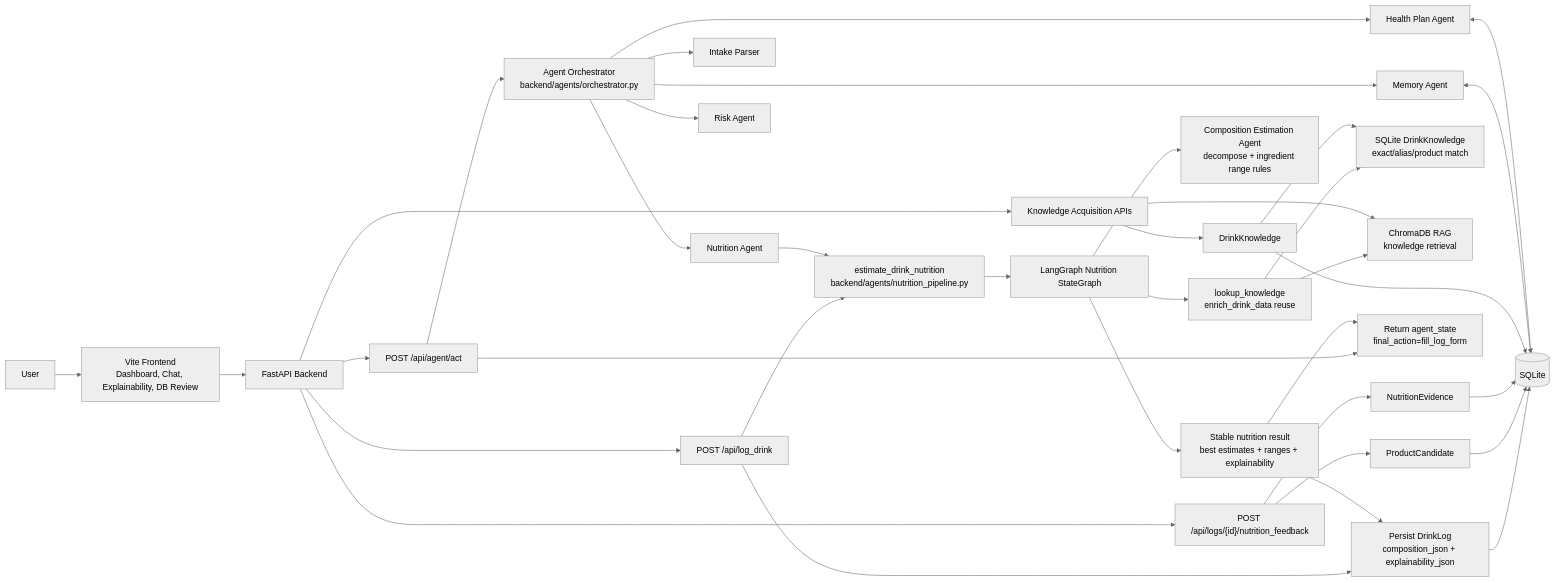
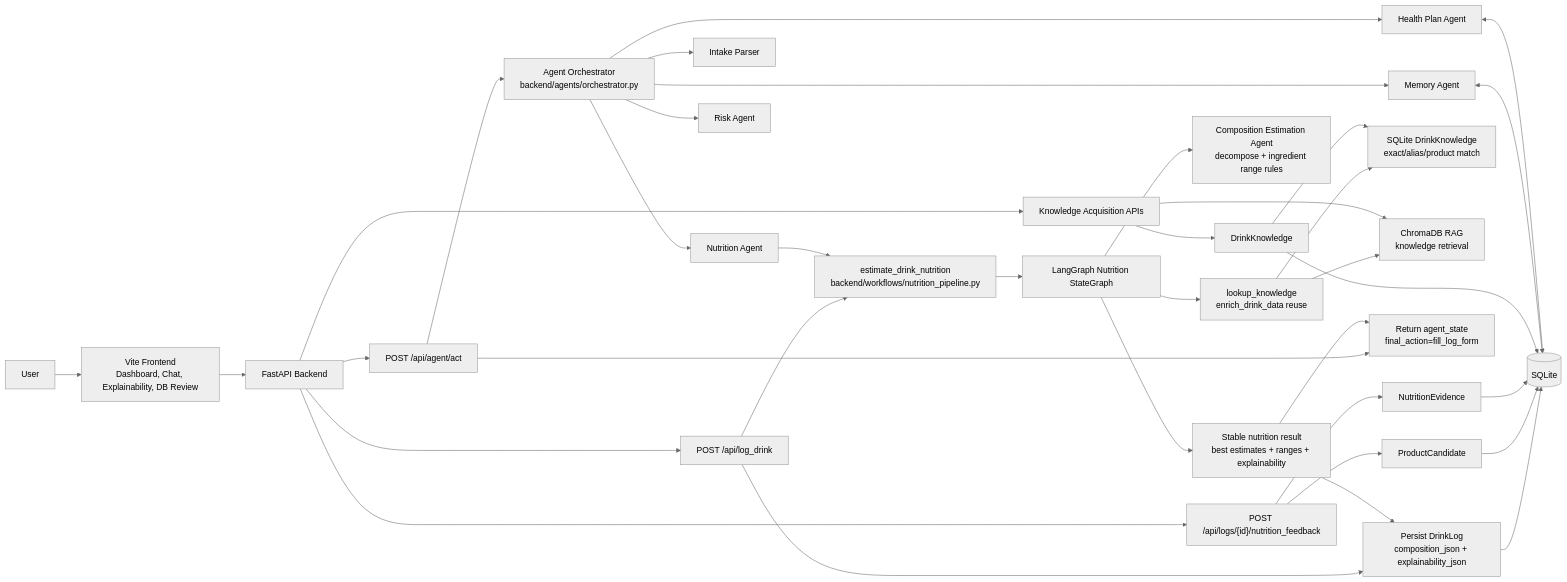
The first of 4 diagrams in docs/architecture.md (Jessiegantang/Caffeine-and-Sugar-Tracker-----), drawn with Mermaid (neutral theme) before and after one commit. The commit also changed other lines of this file and 119 other files, not shown here.

````diff
--- a/docs/architecture.md
+++ b/docs/architecture.md
@@ -10,46 +10,46 @@
 ```mermaid
 flowchart LR
     User["User"] --> Frontend["Vite Frontend<br/>Dashboard, Chat, Explainability, DB Review"]
     Frontend --> API["FastAPI Backend"]
 
     API --> ManualLog["POST /api/log_drink"]
     API --> AgentAct["POST /api/agent/act"]
     API --> Feedback["POST /api/logs/{id}/nutrition_feedback"]
     API --> Review["Knowledge Acquisition APIs"]
 
     AgentAct --> Orchestrator["Agent Orchestrator<br/>backend/agents/orchestrator.py"]
     Orchestrator --> Intake["Intake Parser"]
     Orchestrator --> NutritionAgent["Nutrition Agent"]
     Orchestrator --> Risk["Risk Agent"]
     Orchestrator --> Memory["Memory Agent"]
     Orchestrator --> Plan["Health Plan Agent"]
 
-    ManualLog --> Pipeline["estimate_drink_nutrition<br/>backend/agents/nutrition_pipeline.py"]
+    ManualLog --> Pipeline["estimate_drink_nutrition<br/>backend/workflows/nutrition_pipeline.py"]
     NutritionAgent --> Pipeline
 
     Pipeline --> Graph["LangGraph Nutrition StateGraph"]
     Graph --> Enrichment["lookup_knowledge<br/>enrich_drink_data reuse"]
     Enrichment --> SQL["SQLite DrinkKnowledge<br/>exact/alias/product match"]
     Enrichment --> RAG["ChromaDB RAG<br/>knowledge retrieval"]
     Graph --> Composition["Composition Estimation Agent<br/>decompose + ingredient range rules"]
     Graph --> Result["Stable nutrition result<br/>best estimates + ranges + explainability"]
 
     ManualLog --> PersistLog["Persist DrinkLog<br/>composition_json + explainability_json"]
     Result --> PersistLog
 
     AgentAct --> Draft["Return agent_state<br/>final_action=fill_log_form"]
     Result --> Draft
 
     Feedback --> Candidate["ProductCandidate"]
     Feedback --> Evidence["NutritionEvidence"]
     Review --> Knowledge["DrinkKnowledge"]
     Knowledge --> SQL
     Review --> RAG
 
     PersistLog --> DB[("SQLite")]
     Candidate --> DB
     Evidence --> DB
     Knowledge --> DB
     Memory <--> DB
     Plan <--> DB
 ```
````
